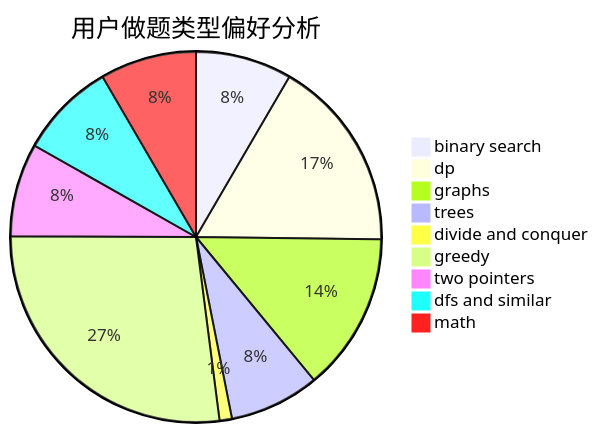
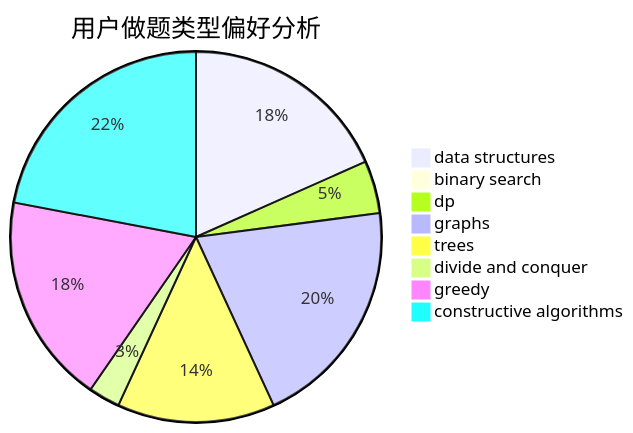
Before and after one commit to sherpahu/cfrs.github.io: the second of 3 diagrams in docs/user/u2566.md, drawn with Mermaid. The commit also changed other lines of this file and 2775 other files, not shown here.

````diff
--- a/docs/user/u2566.md
+++ b/docs/user/u2566.md
@@ -23,12 +23,11 @@
 ```mermaid
 pie title 用户做题类型偏好分析
-    "binary search" :  31
-    "dp" :  62
-    "graphs" :  51
-    "trees" :  29
-    "divide and conquer" :  4
-    "greedy" :  100
-    "two pointers" :  30
-    "dfs and similar" :  31
-    "math" :  31
+    "data structures" :  20
+    "binary search" :  1
+    "dp" :  5
+    "graphs" :  22
+    "trees" :  15
+    "divide and conquer" :  3
+    "greedy" :  20
+    "constructive algorithms" :  24
 ```
````
